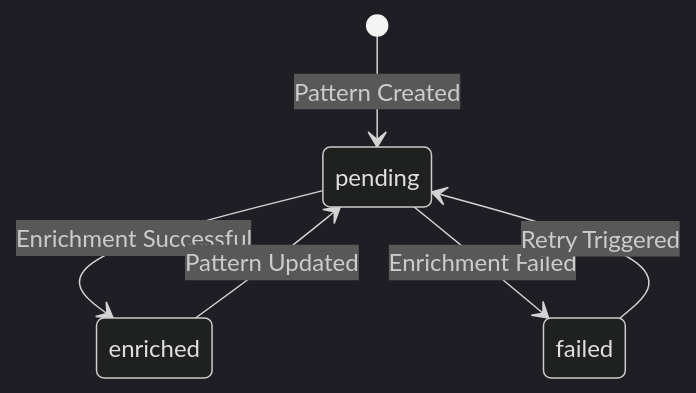
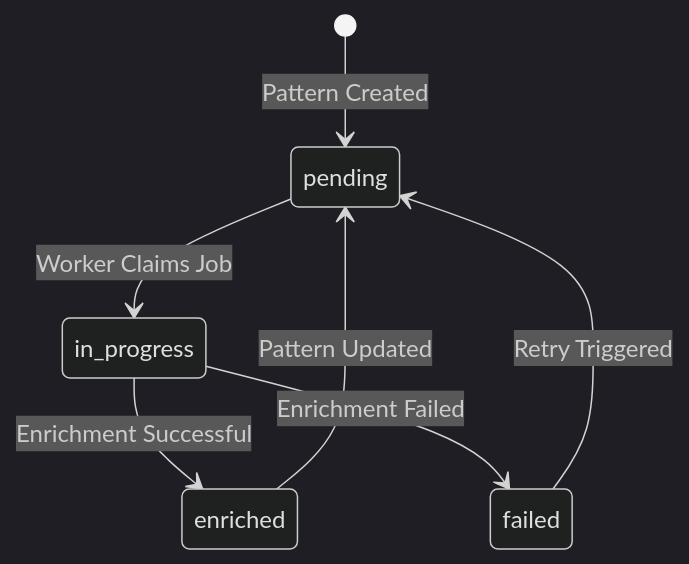
The third of 14 diagrams in docs/architecture/04-data-architecture.md (twistingmercury/mnemonic-mcp), drawn with Mermaid (dark theme) before and after one commit. The commit also changed other lines of this file and 8 other files, not shown here.

Commit message:
architecture docs finished

````diff
--- a/docs/architecture/04-data-architecture.md
+++ b/docs/architecture/04-data-architecture.md
@@ -264,8 +264,9 @@
 ```mermaid
 stateDiagram-v2
     [*] --> pending: Pattern Created
-    pending --> enriched: Enrichment Successful
-    pending --> failed: Enrichment Failed
+    pending --> in_progress: Worker Claims Job
+    in_progress --> enriched: Enrichment Successful
+    in_progress --> failed: Enrichment Failed
     failed --> pending: Retry Triggered
     enriched --> pending: Pattern Updated
 ```
````
